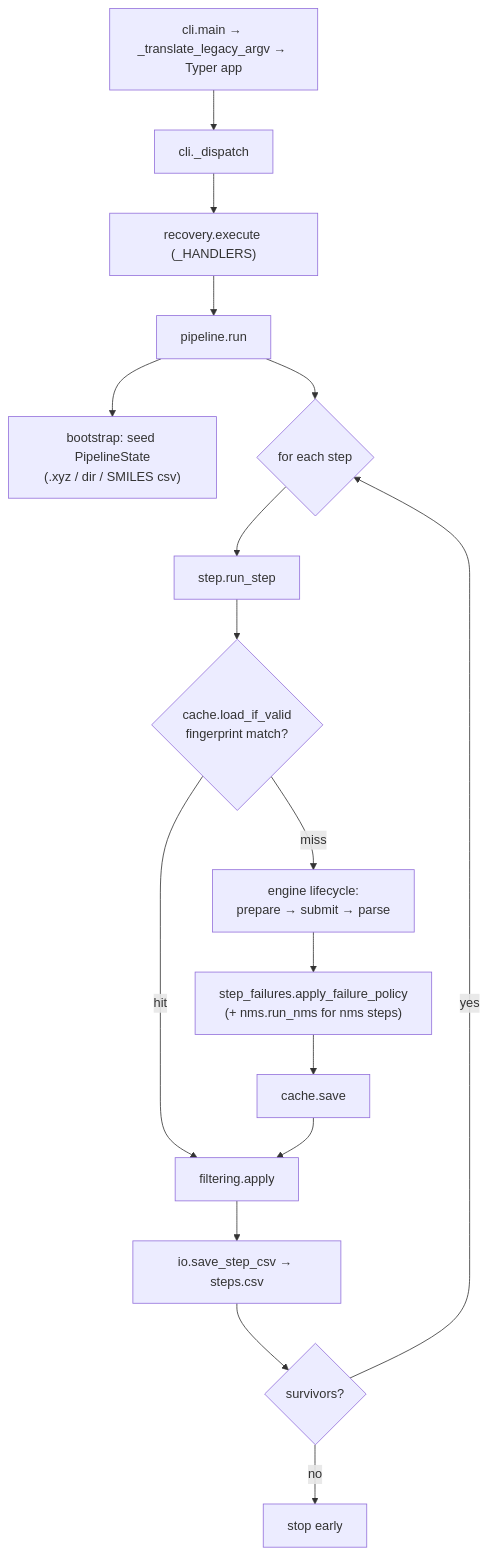
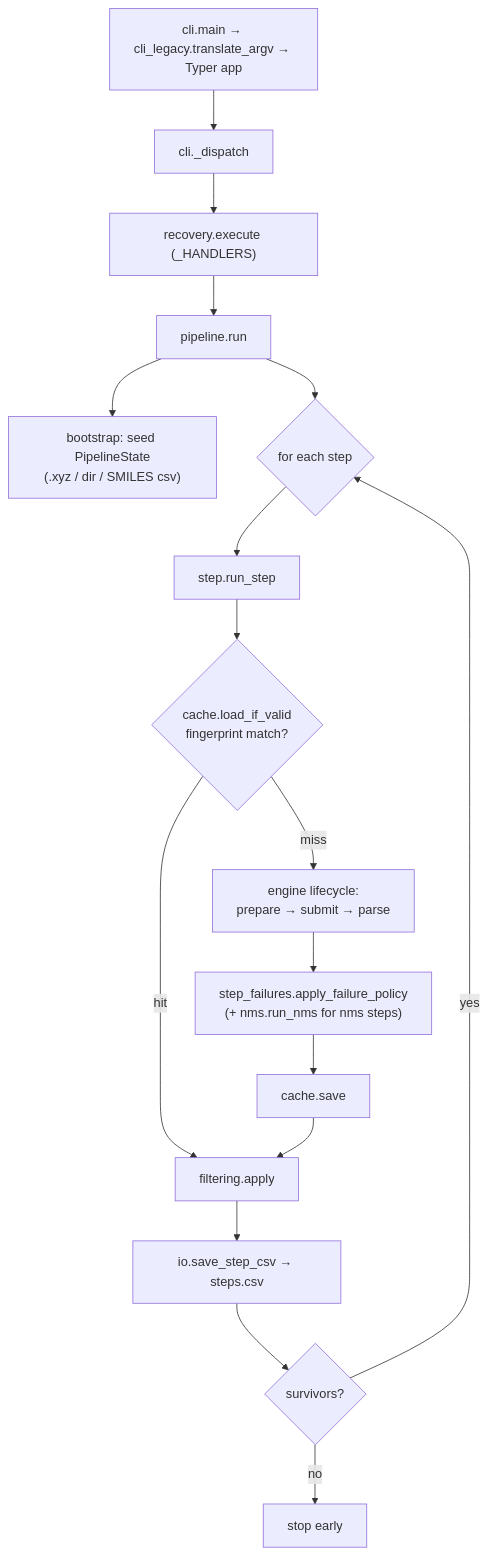
The first of 2 diagrams in docs/concepts/architecture.md (sterling-group/ChemRefine), drawn with Mermaid before and after one commit. The commit also changed 3 other files, not shown here.

````diff
--- a/docs/concepts/architecture.md
+++ b/docs/concepts/architecture.md
@@ -55,19 +55,19 @@
 ```mermaid
 flowchart TD
-  CLI["cli.main → _translate_legacy_argv → Typer app"] --> DISP["cli._dispatch"]
+  CLI["cli.main → cli_legacy.translate_argv → Typer app"] --> DISP["cli._dispatch"]
   DISP --> REC["recovery.execute (_HANDLERS)"]
   REC --> RUN["pipeline.run"]
   RUN --> BOOT["bootstrap: seed PipelineState\n(.xyz / dir / SMILES csv)"]
   RUN --> LOOP{"for each step"}
   LOOP --> STEP["step.run_step"]
   STEP --> CACHE{"cache.load_if_valid\nfingerprint match?"}
   CACHE -- hit --> FILT["filtering.apply"]
   CACHE -- miss --> LIFE["engine lifecycle:\nprepare → submit → parse"]
   LIFE --> POL["step_failures.apply_failure_policy\n(+ nms.run_nms for nms steps)"]
   POL --> SAVE["cache.save"]
   SAVE --> FILT
   FILT --> CSV["io.save_step_csv → steps.csv"]
   CSV --> NEXT{"survivors?"}
   NEXT -- yes --> LOOP
   NEXT -- no --> STOP["stop early"]
 ```
````
